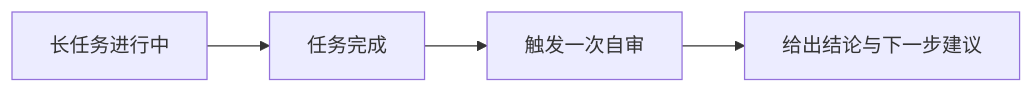
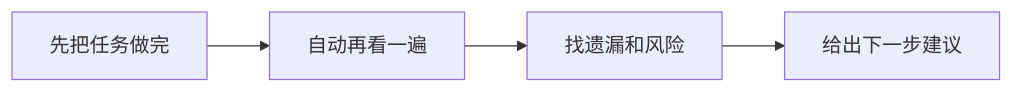
The second of 3 diagrams in README.md (chungeplus/yeizi-skills), drawn with Mermaid before and after one commit. The commit also changed other lines of this file and 1 other file, not shown here.

````diff
--- a/README.md
+++ b/README.md
@@ -43,6 +46,6 @@
 ```mermaid
 flowchart LR
-    A["长任务进行中"] --> B["任务完成"]
-    B --> C["触发一次自审"]
-    C --> D["给出结论与下一步建议"]
+    A["先把任务做完"] --> B["自动再看一遍"]
+    B --> C["找遗漏和风险"]
+    C --> D["给出下一步建议"]
 ```
````
